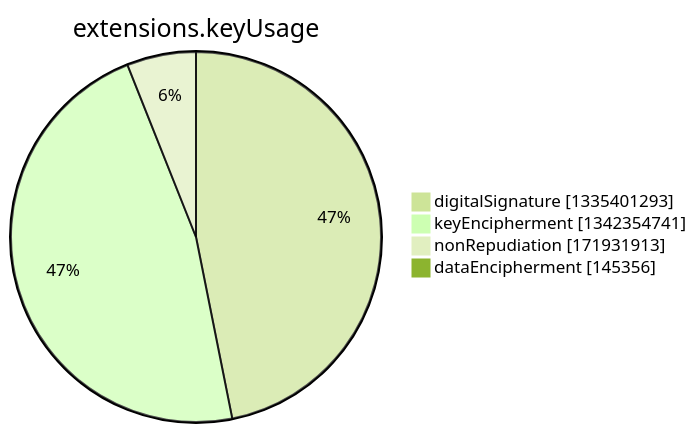
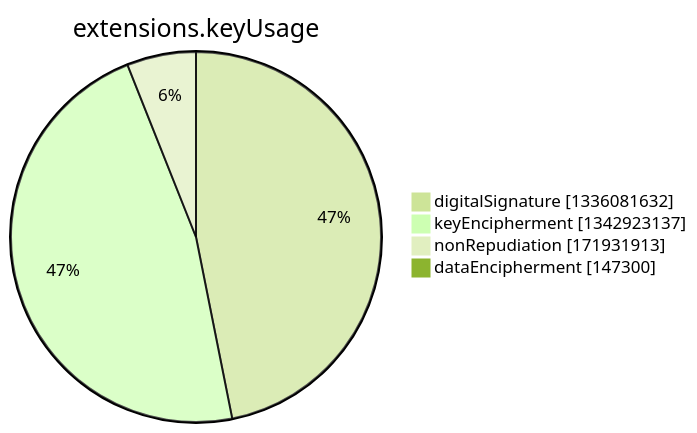
The seventh of 15 diagrams in argon2022/README.md (christiankrug/ctmonitor_visualization), drawn with Mermaid (forest theme) before and after one commit. The commit also changed other lines of this file, not shown here.

````diff
--- a/argon2022/README.md
+++ b/argon2022/README.md
@@ -2750,8 +2750,8 @@
 ```mermaid
 pie showData
 title extensions.keyUsage
-"digitalSignature" :1335401293
-"keyEncipherment" :1342354741
+"digitalSignature" :1336081632
+"keyEncipherment" :1342923137
 "nonRepudiation" :171931913
-"dataEncipherment" :145356
+"dataEncipherment" :147300
 ```
````
